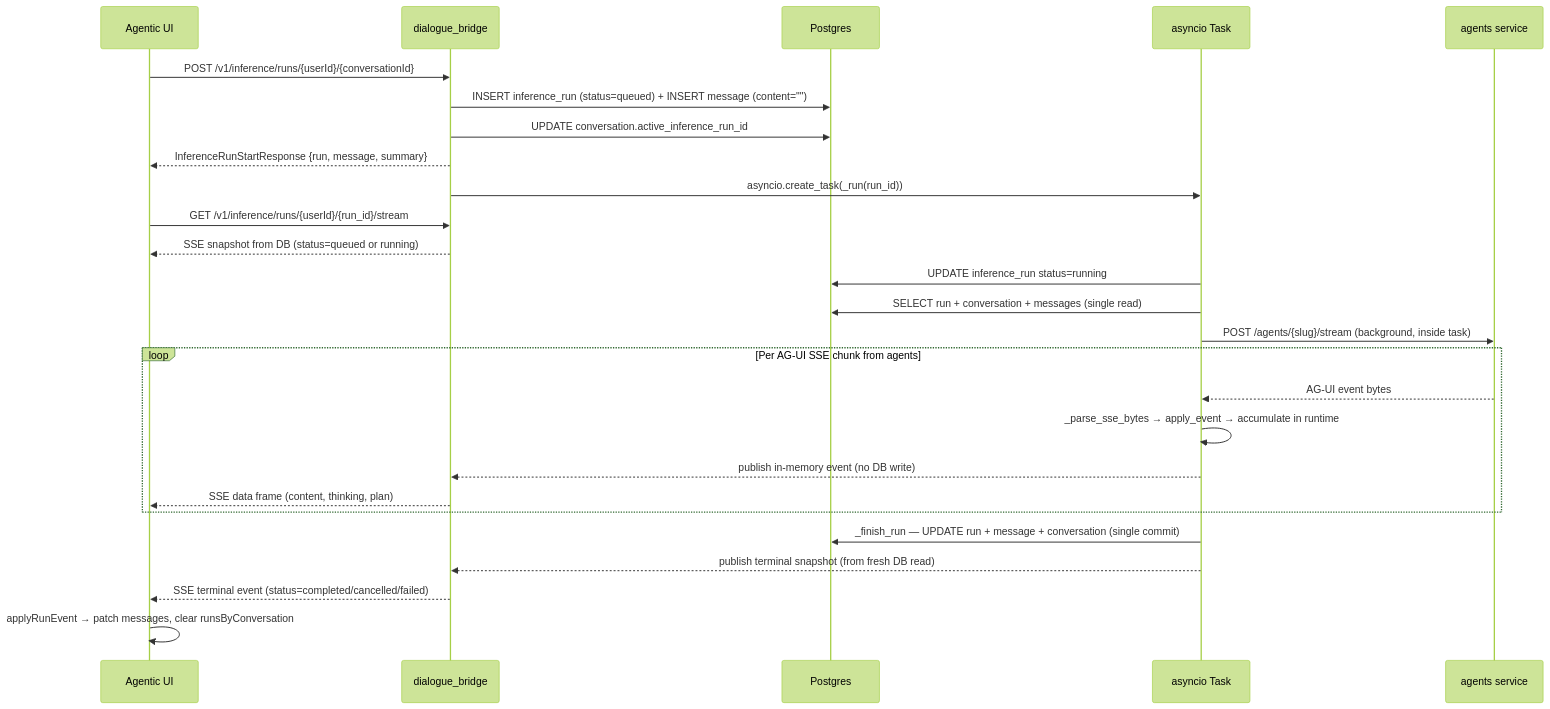
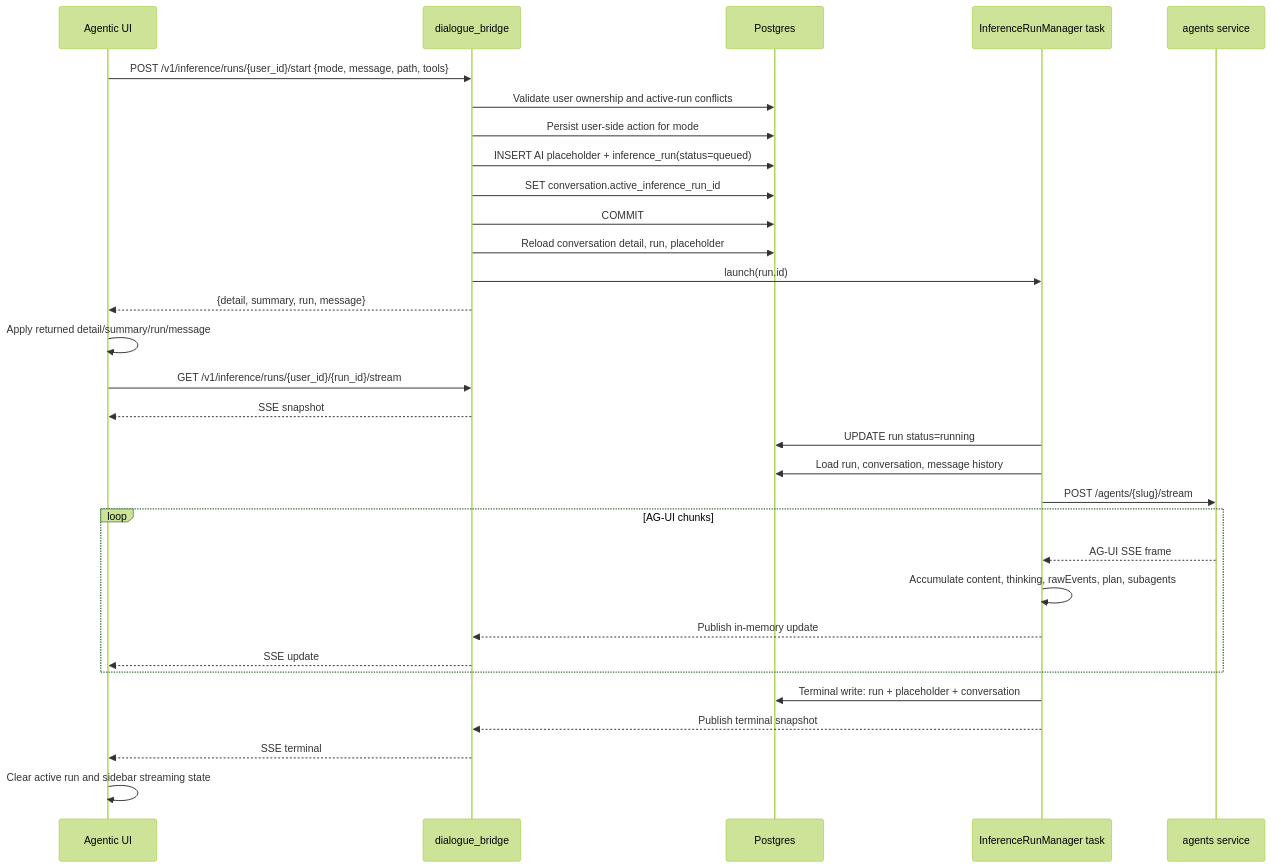
Before and after one commit to konstantinosmpouros/mAgenticX: the second of 9 diagrams in docs/flows/inference-streaming.md, drawn with Mermaid (forest theme). The commit also changed other lines of this file and 26 other files, not shown here.

Commit message:
Refactor inference start flow to backend-owned runs

````diff
--- a/docs/flows/inference-streaming.md
+++ b/docs/flows/inference-streaming.md
@@ -28,33 +57,38 @@
 ```mermaid
 sequenceDiagram
     participant UI as Agentic UI
     participant Bridge as dialogue_bridge
     participant PG as Postgres
-    participant Task as asyncio Task
+    participant Task as InferenceRunManager task
     participant Agents as agents service
 
-    UI->>Bridge: POST /v1/inference/runs/{userId}/{conversationId}
-    Bridge->>PG: INSERT inference_run (status=queued) + INSERT message (content="")
-    Bridge->>PG: UPDATE conversation.active_inference_run_id
-    Bridge-->>UI: InferenceRunStartResponse {run, message, summary}
-    Bridge->>Task: asyncio.create_task(_run(run_id))
+    UI->>Bridge: POST /v1/inference/runs/{user_id}/start {mode, message, path, tools}
+    Bridge->>PG: Validate user ownership and active-run conflicts
+    Bridge->>PG: Persist user-side action for mode
+    Bridge->>PG: INSERT AI placeholder + inference_run(status=queued)
+    Bridge->>PG: SET conversation.active_inference_run_id
+    Bridge->>PG: COMMIT
+    Bridge->>PG: Reload conversation detail, run, placeholder
+    Bridge->>Task: launch(run.id)
+    Bridge-->>UI: {detail, summary, run, message}
 
-    UI->>Bridge: GET /v1/inference/runs/{userId}/{run_id}/stream
-    Bridge-->>UI: SSE snapshot from DB (status=queued or running)
+    UI->>UI: Apply returned detail/summary/run/message
+    UI->>Bridge: GET /v1/inference/runs/{user_id}/{run_id}/stream
+    Bridge-->>UI: SSE snapshot
 
-    Task->>PG: UPDATE inference_run status=running
-    Task->>PG: SELECT run + conversation + messages (single read)
-    Task->>Agents: POST /agents/{slug}/stream (background, inside task)
+    Task->>PG: UPDATE run status=running
+    Task->>PG: Load run, conversation, message history
+    Task->>Agents: POST /agents/{slug}/stream
 
-    loop Per AG-UI SSE chunk from agents
-        Agents-->>Task: AG-UI event bytes
-        Task->>Task: _parse_sse_bytes → apply_event → accumulate in runtime
-        Task-->>Bridge: publish in-memory event (no DB write)
-        Bridge-->>UI: SSE data frame (content, thinking, plan)
+    loop AG-UI chunks
+        Agents-->>Task: AG-UI SSE frame
+        Task->>Task: Accumulate content, thinking, rawEvents, plan, subagents
+        Task-->>Bridge: Publish in-memory update
+        Bridge-->>UI: SSE update
     end
 
-    Task->>PG: _finish_run — UPDATE run + message + conversation (single commit)
-    Task-->>Bridge: publish terminal snapshot (from fresh DB read)
-    Bridge-->>UI: SSE terminal event (status=completed/cancelled/failed)
-    UI->>UI: applyRunEvent → patch messages, clear runsByConversation
+    Task->>PG: Terminal write: run + placeholder + conversation
+    Task-->>Bridge: Publish terminal snapshot
+    Bridge-->>UI: SSE terminal
+    UI->>UI: Clear active run and sidebar streaming state
 ```
````
